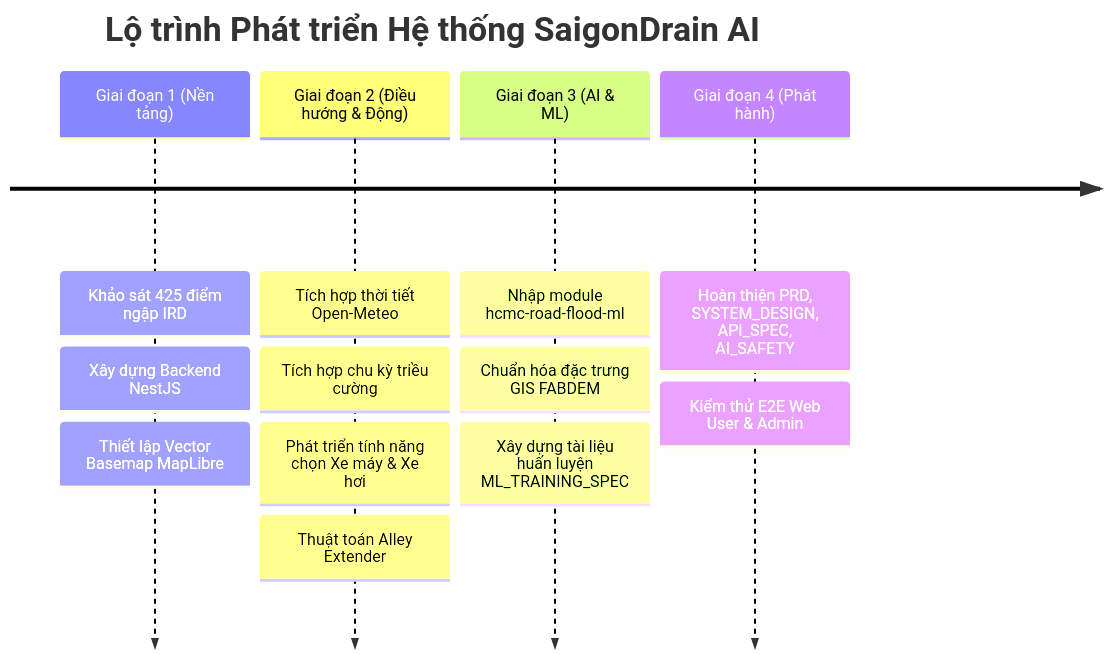
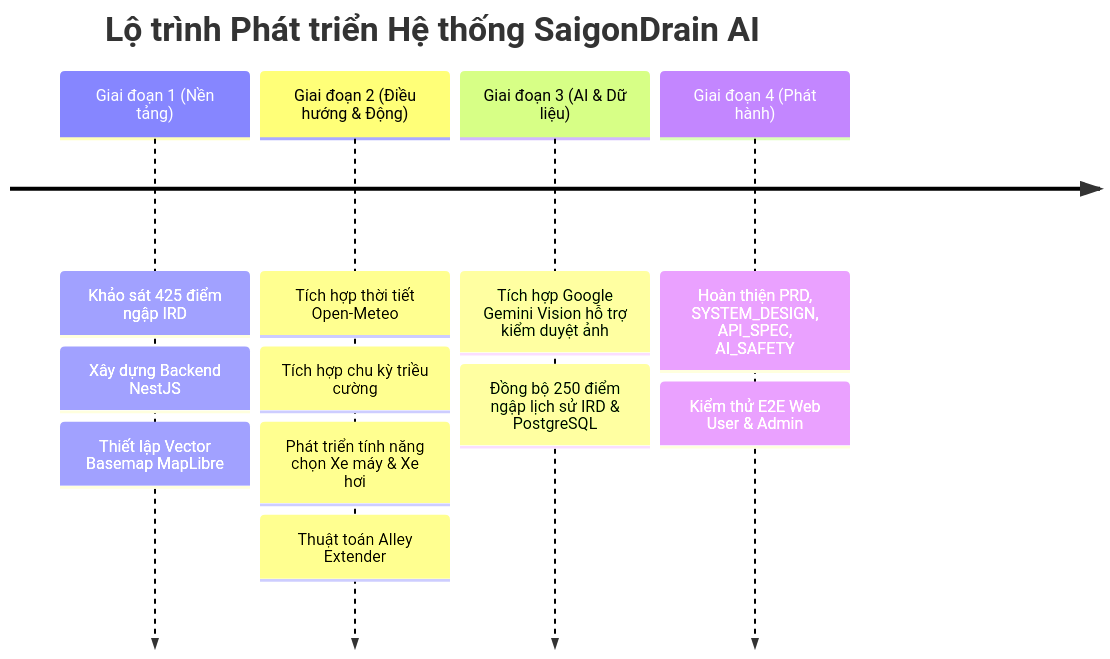
One commit to MAnhhaoo/TokenPlusHKT2026 changed the second of 2 diagrams in docs/PRD_SaigonDrain_v2.md. Above: the diagram before and after it, drawn with Mermaid. The commit also changed other lines of this file and 14 other files, not shown here.

````diff
--- a/docs/PRD_SaigonDrain_v2.md
+++ b/docs/PRD_SaigonDrain_v2.md
@@ -114,8 +114,8 @@
 ```mermaid
 timeline
     title Lộ trình Phát triển Hệ thống SaigonDrain AI
     Giai đoạn 1 (Nền tảng) : Khảo sát 425 điểm ngập IRD : Xây dựng Backend NestJS : Thiết lập Vector Basemap MapLibre
     Giai đoạn 2 (Điều hướng & Động) : Tích hợp thời tiết Open-Meteo : Tích hợp chu kỳ triều cường : Phát triển tính năng chọn Xe máy & Xe hơi : Thuật toán Alley Extender
-    Giai đoạn 3 (AI & ML) : Nhập module hcmc-road-flood-ml : Chuẩn hóa đặc trưng GIS FABDEM : Xây dựng tài liệu huấn luyện ML_TRAINING_SPEC
+    Giai đoạn 3 (AI & Dữ liệu) : Tích hợp Google Gemini Vision hỗ trợ kiểm duyệt ảnh : Đồng bộ 250 điểm ngập lịch sử IRD & PostgreSQL
     Giai đoạn 4 (Phát hành) : Hoàn thiện PRD, SYSTEM_DESIGN, API_SPEC, AI_SAFETY : Kiểm thử E2E Web User & Admin
 ```
````
